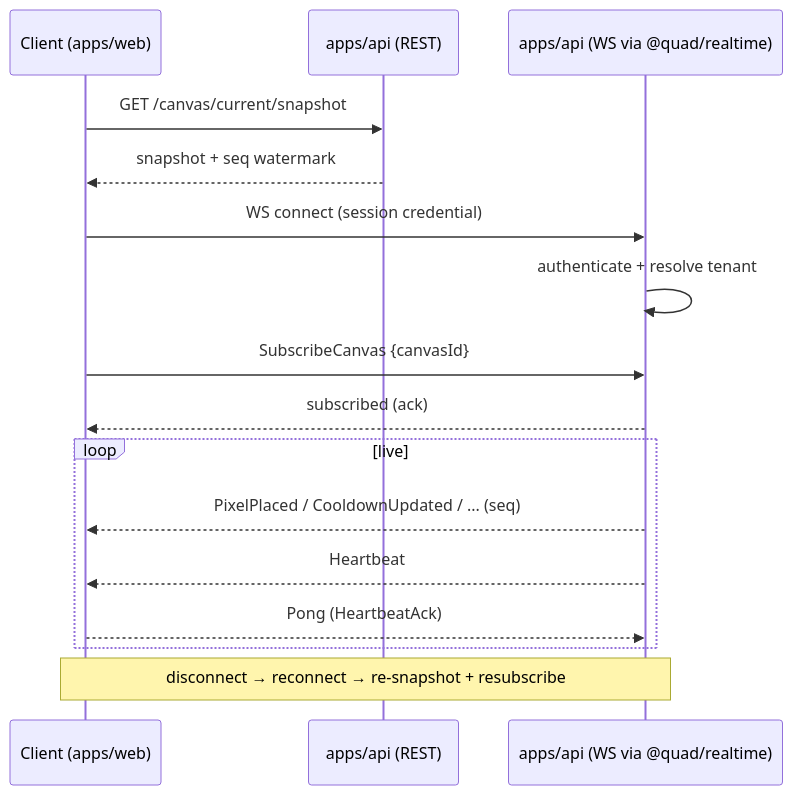
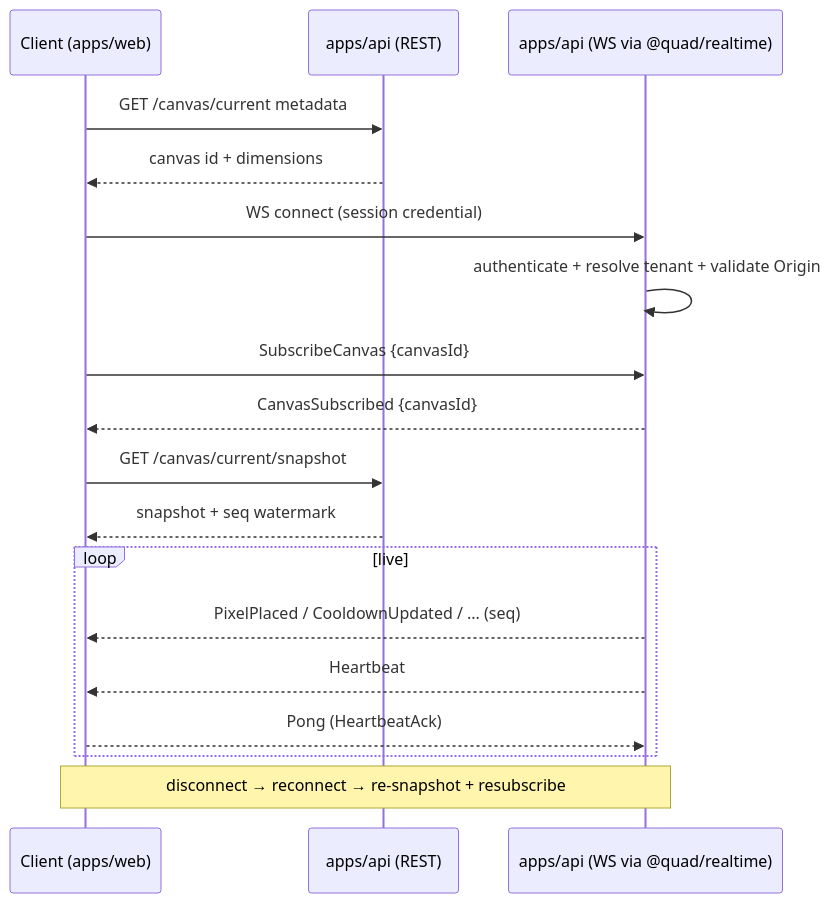
The first of 4 diagrams in docs/WEBSOCKETS.md (div0rce/quad-canvas), drawn with Mermaid before and after one commit. The commit also changed other lines of this file and 83 other files, not shown here.

````diff
--- a/docs/WEBSOCKETS.md
+++ b/docs/WEBSOCKETS.md
@@ -55,18 +58,20 @@
 ```mermaid
 sequenceDiagram
   participant C as Client (apps/web)
   participant R as apps/api (REST)
   participant W as apps/api (WS via @quad/realtime)
+  C->>R: GET /canvas/current metadata
+  R-->>C: canvas id + dimensions
+  C->>W: WS connect (session credential)
+  W->>W: authenticate + resolve tenant + validate Origin
+  C->>W: SubscribeCanvas {canvasId}
+  W-->>C: CanvasSubscribed {canvasId}
   C->>R: GET /canvas/current/snapshot
   R-->>C: snapshot + seq watermark
-  C->>W: WS connect (session credential)
-  W->>W: authenticate + resolve tenant
-  C->>W: SubscribeCanvas {canvasId}
-  W-->>C: subscribed (ack)
   loop live
     W-->>C: PixelPlaced / CooldownUpdated / ... (seq)
     W-->>C: Heartbeat
     C-->>W: Pong (HeartbeatAck)
   end
   Note over C,W: disconnect → reconnect → re-snapshot + resubscribe
 ```
````
